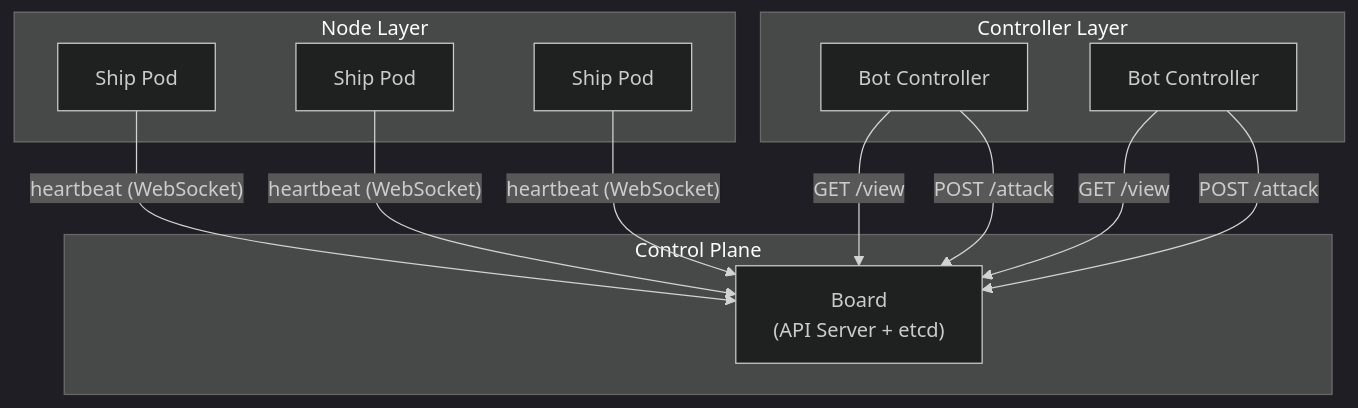
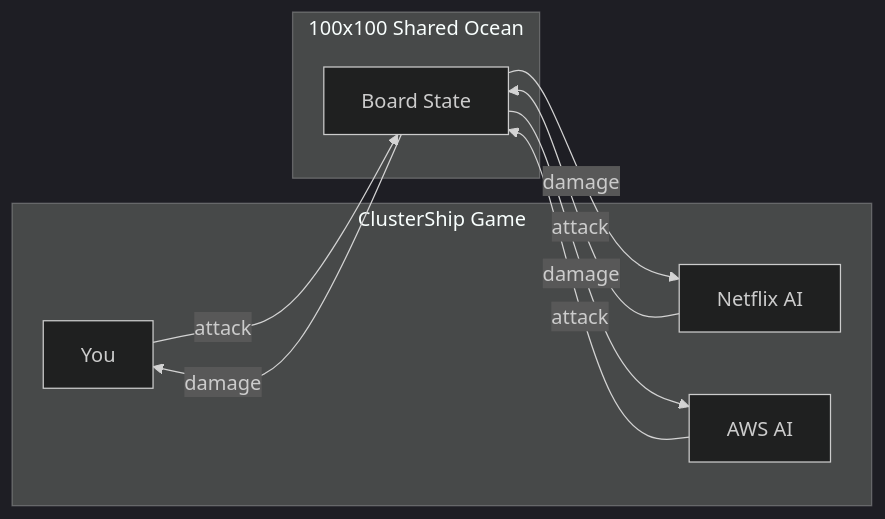
The first of 13 diagrams in README.md (ndg8743/ClusterShip), drawn with Mermaid (dark theme) before and after one commit. The commit also changed other lines of this file and 26 other files, not shown here.

````diff
--- a/README.md
+++ b/README.md
@@ -78,27 +5,19 @@
 ```mermaid
-flowchart TB
-    subgraph ControlPlane["Control Plane"]
-        Board["Board
-        (API Server + etcd)"]
+flowchart LR
+    subgraph Game["ClusterShip Game"]
+        Player["You"]
+        AI1["Netflix AI"]
+        AI2["AWS AI"]
     end
 
-    subgraph Nodes["Node Layer"]
-        Ship1["Ship Pod"]
-        Ship2["Ship Pod"]
-        Ship3["Ship Pod"]
+    subgraph Ocean["100x100 Shared Ocean"]
+        Board["Board State"]
     end
 
-    subgraph Controllers["Controller Layer"]
-        Bot1["Bot Controller"]
-        Bot2["Bot Controller"]
-    end
-
-    Ship1 -->|"heartbeat (WebSocket)"| Board
-    Ship2 -->|"heartbeat (WebSocket)"| Board
-    Ship3 -->|"heartbeat (WebSocket)"| Board
-
-    Bot1 -->|"GET /view"| Board
-    Bot1 -->|"POST /attack"| Board
-    Bot2 -->|"GET /view"| Board
-    Bot2 -->|"POST /attack"| Board
+    Player -->|attack| Board
+    AI1 -->|attack| Board
+    AI2 -->|attack| Board
+    Board -->|damage| Player
+    Board -->|damage| AI1
+    Board -->|damage| AI2
 ```
````
